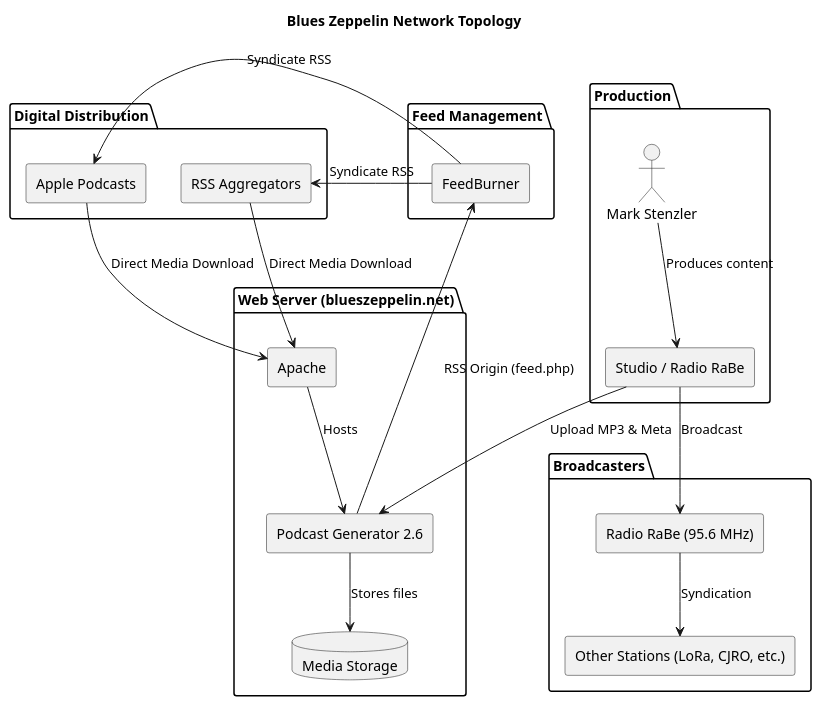
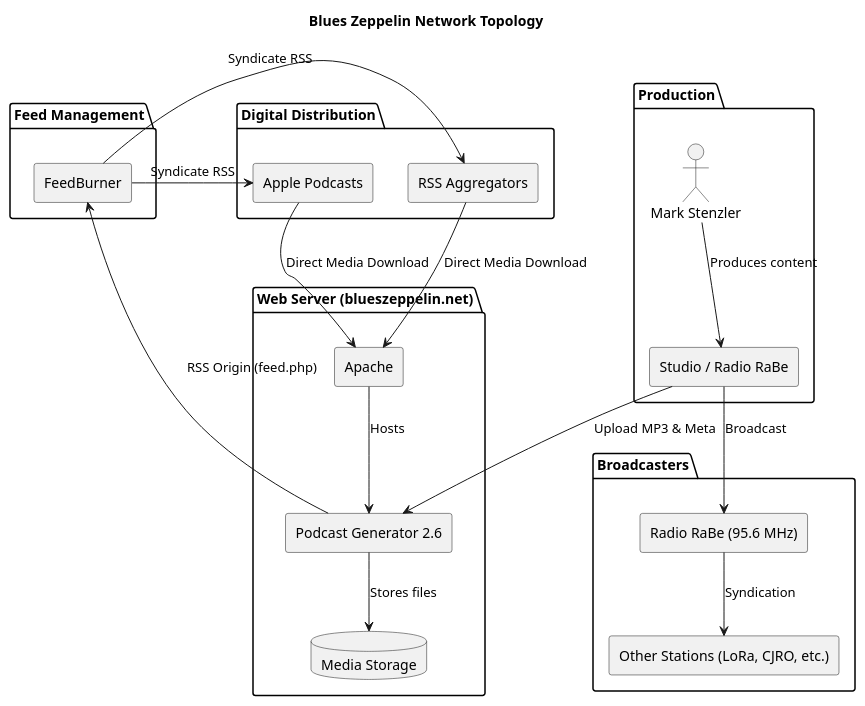
The diagram in diagrams/topology.puml (chatelao/blueszeppelin-architecture), drawn with PlantUML before and after one commit.

```diff
--- a/diagrams/topology.puml
+++ b/diagrams/topology.puml
@@ -1,46 +1,46 @@
 @startuml
 title Blues Zeppelin Network Topology
 
 skinparam componentStyle rectangle
 
 package "Production" {
     actor "Mark Stenzler" as Mark
     [Studio / Radio RaBe] as Studio
 }
 
 package "Web Server (blueszeppelin.net)" {
     [Apache] as WebServer
     [Podcast Generator 2.6] as PodGen
     database "Media Storage" as Media
 }
 
 package "Feed Management" {
     [FeedBurner] as FB
 }
 
 package "Broadcasters" {
     [Radio RaBe (95.6 MHz)] as RaBe
     [Other Stations (LoRa, CJRO, etc.)] as OtherRadio
 }
 
 package "Digital Distribution" {
     [Apple Podcasts] as Apple
     [RSS Aggregators] as RSS
 }
 
 Mark --> Studio : Produces content
 Studio --> PodGen : Upload MP3 & Meta
 PodGen -down-> Media : Stores files
 WebServer -down-> PodGen : Hosts
 
-PodGen -right-> FB : RSS Origin (feed.php)
+PodGen -up-> FB : RSS Origin (feed.php)
 FB -right-> Apple : Syndicate RSS
 FB -right-> RSS : Syndicate RSS
 
 Studio --> RaBe : Broadcast
 RaBe --> OtherRadio : Syndication
 
 Apple -down-> WebServer : Direct Media Download
 RSS -down-> WebServer : Direct Media Download
 
 @enduml
```
